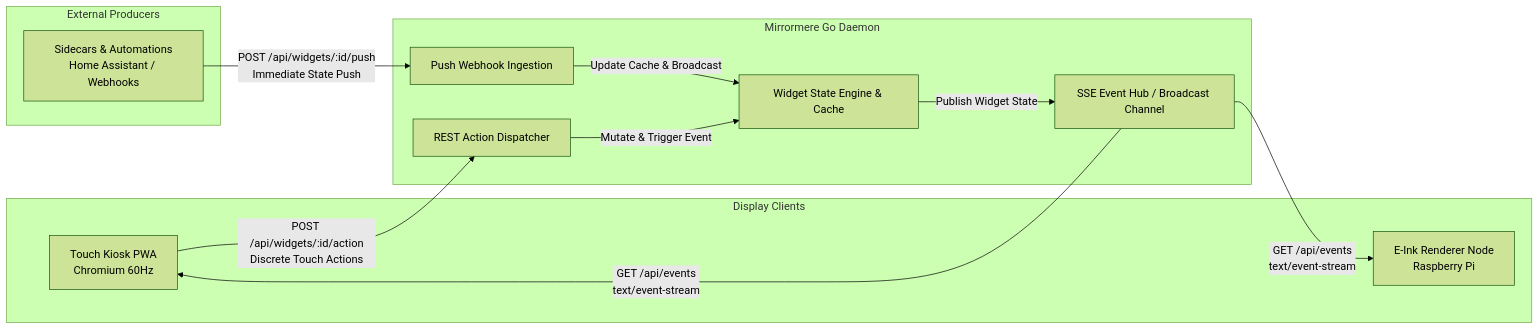
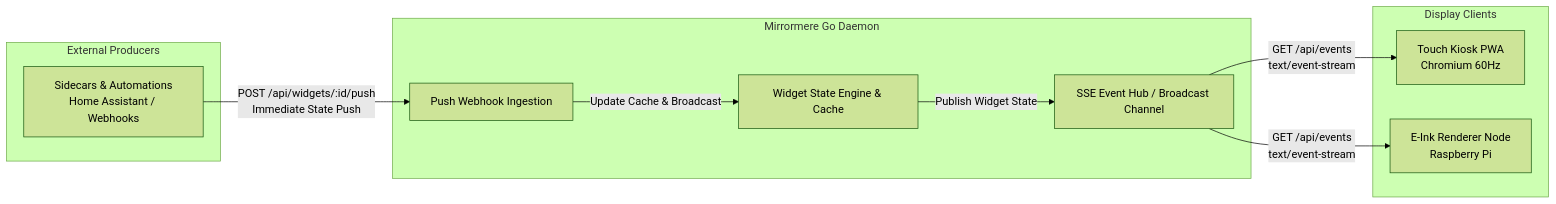
One commit to azylman/mirrormere changed the diagram in specs/006-realtime-comms-and-mutations.md. Above: the diagram before and after it, drawn with Mermaid (forest theme). The commit also changed other lines of this file and 2 other files, not shown here.

First line of the commit message:
docs(spec-003/006): drop widget actions from Phase 1 (fixes #132) (#153)

````diff
--- a/specs/006-realtime-comms-and-mutations.md
+++ b/specs/006-realtime-comms-and-mutations.md
@@ -17,27 +17,24 @@
 ```mermaid
 flowchart LR
     subgraph Clients [Display Clients]
         Touch[Touch Kiosk PWA\nChromium 60Hz]
         EInk[E-Ink Renderer Node\nRaspberry Pi]
     end
 
     subgraph External [External Producers]
         Sidecar[Sidecars & Automations\nHome Assistant / Webhooks]
     end
 
     subgraph GoDaemon [Mirrormere Go Daemon]
         SSEHub[SSE Event Hub / Broadcast Channel]
-        ActionHandler[REST Action Dispatcher]
         PushHandler[Push Webhook Ingestion]
         StateStore[Widget State Engine & Cache]
     end
 
-    Touch -->|POST /api/widgets/:id/action\nDiscrete Touch Actions| ActionHandler
     Sidecar -->|POST /api/widgets/:id/push\nImmediate State Push| PushHandler
-    ActionHandler -->|Mutate & Trigger Event| StateStore
     PushHandler -->|Update Cache & Broadcast| StateStore
     StateStore -->|Publish Widget State| SSEHub
 
     SSEHub -->|GET /api/events\ntext/event-stream| Touch
     SSEHub -->|GET /api/events\ntext/event-stream| EInk
 ```
````
